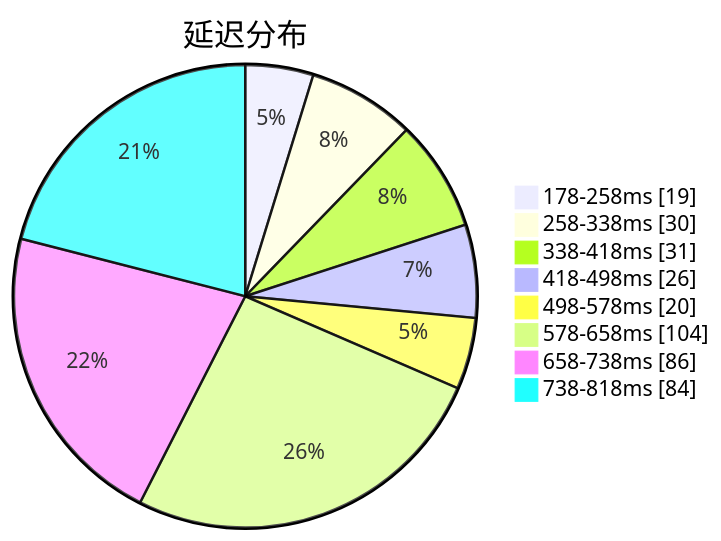
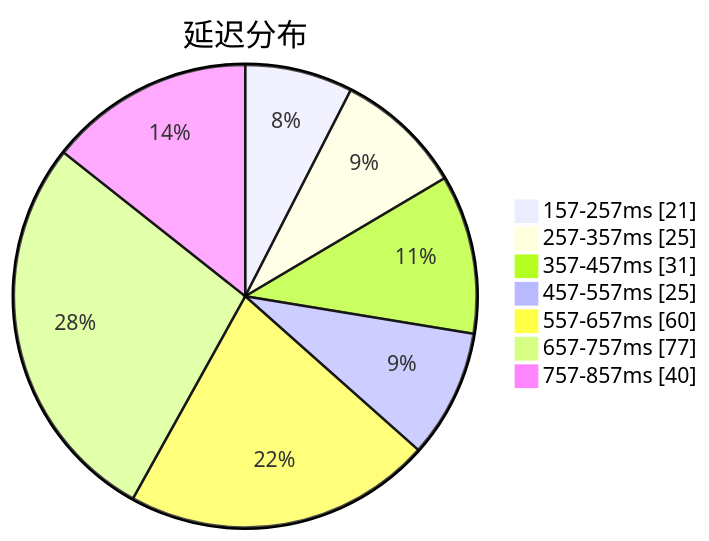
Before and after one commit to qjlxg/airport: the first of 3 diagrams in subs/statistics/tested_within.md, drawn with Mermaid. The commit also changed other lines of this file and 2 other files, not shown here.

Commit message:
Tested by metaST

````diff
--- a/subs/statistics/tested_within.md
+++ b/subs/statistics/tested_within.md
@@ -2,12 +2,11 @@
 ```mermaid
 pie showData
 title 延迟分布
-"178-258ms" : 19
-"258-338ms" : 30
-"338-418ms" : 31
-"418-498ms" : 26
-"498-578ms" : 20
-"578-658ms" : 104
-"658-738ms" : 86
-"738-818ms" : 84
+"157-257ms" : 21
+"257-357ms" : 25
+"357-457ms" : 31
+"457-557ms" : 25
+"557-657ms" : 60
+"657-757ms" : 77
+"757-857ms" : 40
 ```
````
